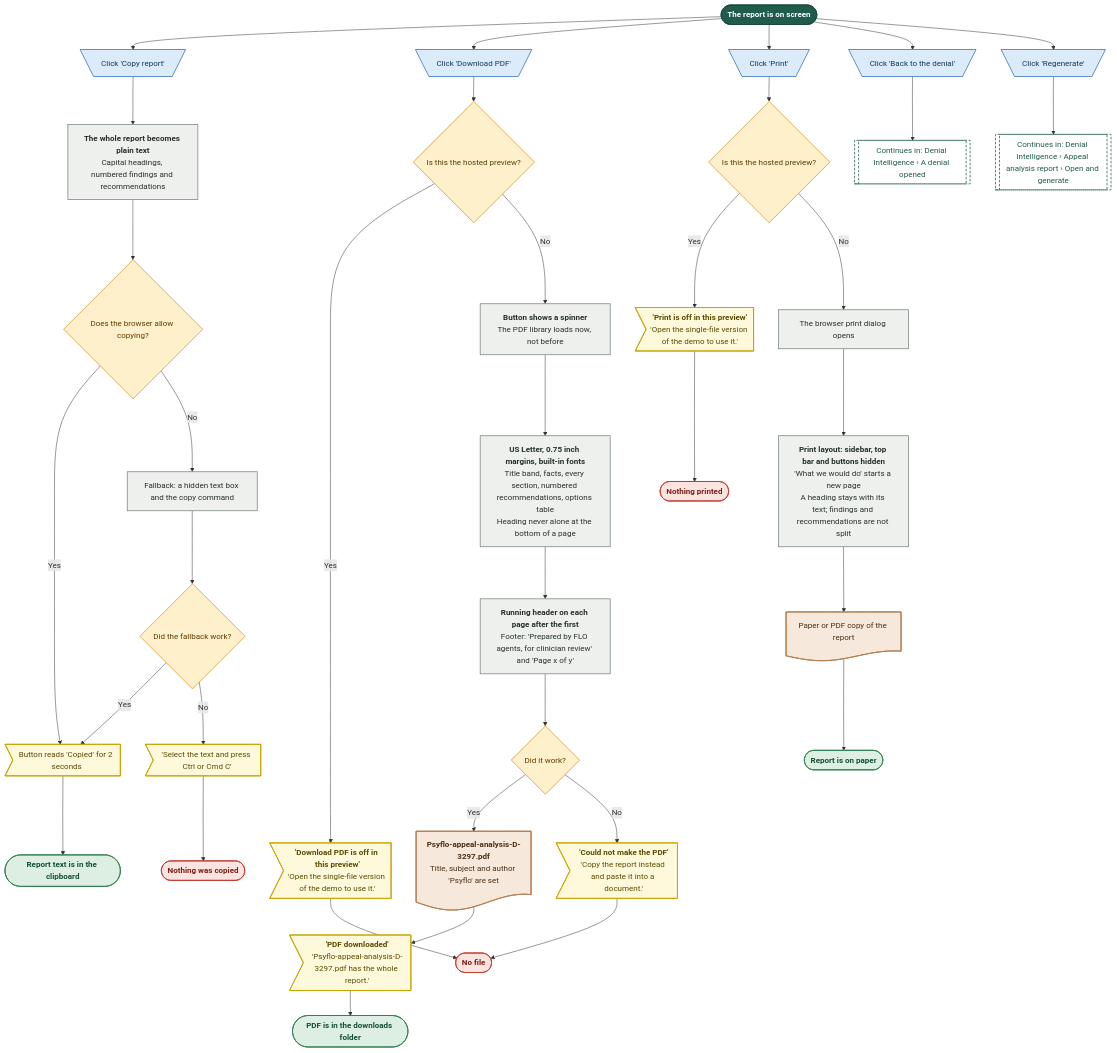
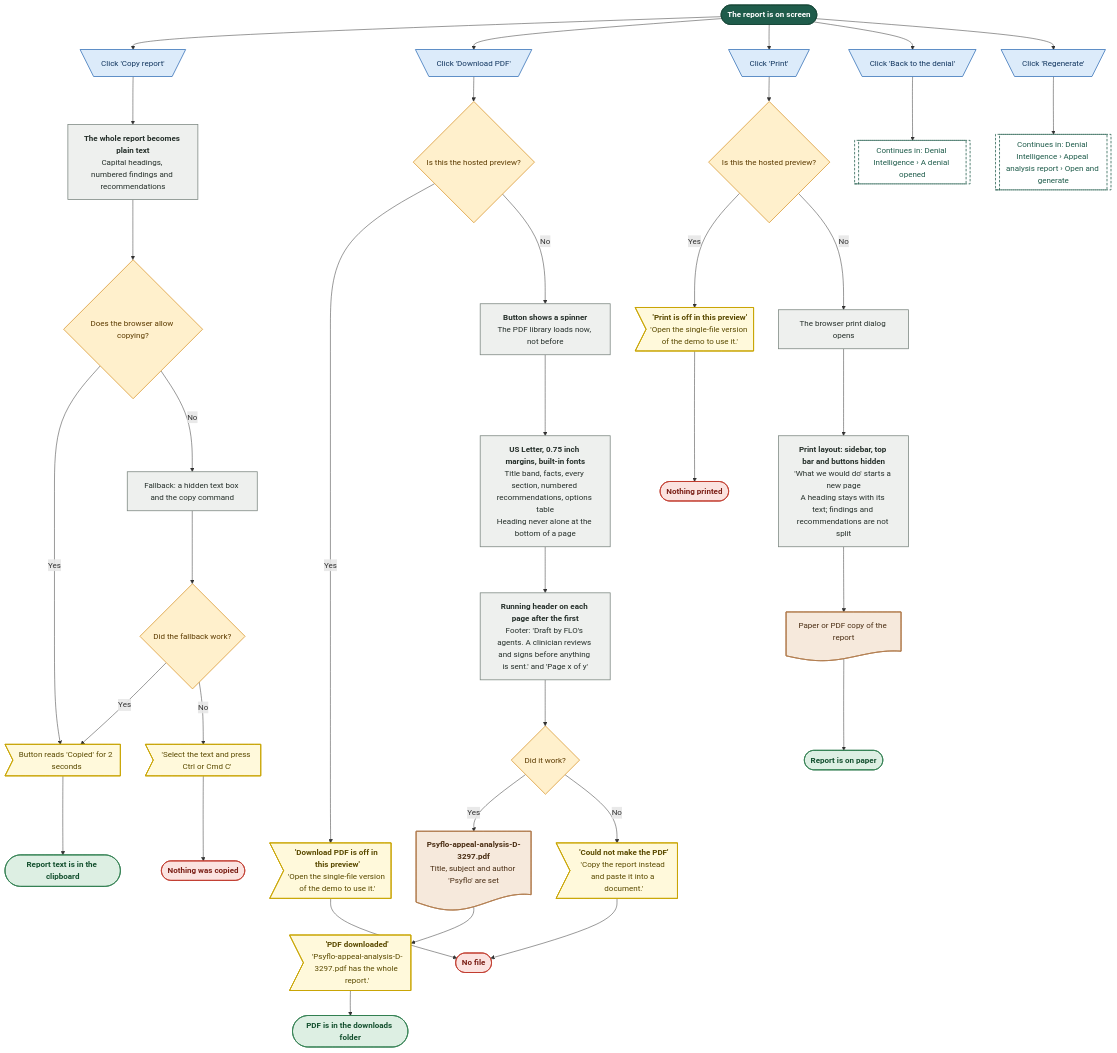
Before and after one commit to Shrav143/psyfloapp: diagram 27 of 27 in demos/prior-auth-demo/workflows/out/md/06-denials.md, drawn with Mermaid. The commit also changed other lines of this file and 192 other files, not shown here.

First line of the commit message:
docs: changelog by sidebar tab; README, diagrams and Settings layout aligned with the refinement; shared InfoTip; referral cost-share line

````diff
--- a/demos/prior-auth-demo/workflows/out/md/06-denials.md
+++ b/demos/prior-auth-demo/workflows/out/md/06-denials.md
@@ -1950,79 +2137,79 @@
 ```mermaid
 %%{init: {"theme":"base","themeVariables":{"fontFamily":"'DM Sans', 'Segoe UI', system-ui, sans-serif","fontSize":"15px","lineColor":"#5B6B63","primaryTextColor":"#1C2B25","clusterBkg":"#FBF8F3","clusterBorder":"#D9CDBB","edgeLabelBackground":"#FFFFFF"},"flowchart":{"curve":"basis","nodeSpacing":36,"rankSpacing":48,"padding":12,"htmlLabels":true,"useMaxWidth":false,"wrappingWidth":230}} }%%
 flowchart TD
   classDef k_start fill:#1F5C4B,stroke:#174638,color:#FFFFFF,stroke-width:1.5px,font-weight:600
   classDef k_end fill:#DDEFE3,stroke:#2E7D4F,color:#14502F,stroke-width:1.5px,font-weight:600
   classDef k_endx fill:#FBE3E0,stroke:#C0392B,color:#7A1F16,stroke-width:1.5px,font-weight:600
   classDef k_screen fill:#FFFDF8,stroke:#1F5C4B,color:#1C2B25,stroke-width:2px
   classDef k_overlay fill:#F1F7F3,stroke:#1F5C4B,color:#1C2B25,stroke-width:2px,stroke-dasharray:5 3
   classDef k_click fill:#DCEBFA,stroke:#2F6DB5,color:#12365F,stroke-width:1.5px
   classDef k_input fill:#E4E7FF,stroke:#4C5FD5,color:#1D2670,stroke-width:1.5px
   classDef k_process fill:#EEF0EE,stroke:#7A857F,color:#26302B,stroke-width:1.5px
   classDef k_agent fill:#EEE5FA,stroke:#7A4FC2,color:#341A63,stroke-width:1.5px
   classDef k_decision fill:#FFF0CC,stroke:#D9962B,color:#5C3B00,stroke-width:1.5px
   classDef k_store fill:#D5F0EA,stroke:#1C8E7B,color:#0B4A3F,stroke-width:1.5px
   classDef k_doc fill:#F6E9DC,stroke:#B07A4C,color:#4A2E14,stroke-width:1.5px
   classDef k_ext fill:#FFE6D2,stroke:#E07B39,color:#6B2F06,stroke-width:1.5px
   classDef k_wait fill:#E4E8EE,stroke:#6B7C93,color:#26303D,stroke-width:1.5px
   classDef k_toast fill:#FFF9DB,stroke:#C9A400,color:#5A4A00,stroke-width:1.5px
   classDef k_goto fill:#FFFFFF,stroke:#1F5C4B,color:#1F5C4B,stroke-width:1.5px,stroke-dasharray:5 3
   s1@{ shape: stadium, label: "The report is on screen" }
   c1@{ shape: trap-t, label: "Click 'Copy report'" }
   p1@{ shape: rect, label: "<b>The whole report becomes plain text</b><br/>Capital headings, numbered findings and recommendations" }
   d1@{ shape: diam, label: "Does the browser allow copying?" }
   p2@{ shape: rect, label: "Fallback: a hidden text box and the copy command" }
   d2@{ shape: diam, label: "Did the fallback work?" }
   t1@{ shape: odd, label: "Button reads 'Copied' for 2 seconds" }
   t2@{ shape: odd, label: "'Select the text and press Ctrl or Cmd C'" }
   e1@{ shape: stadium, label: "Report text is in the clipboard" }
   e2@{ shape: stadium, label: "Nothing was copied" }
   c2@{ shape: trap-t, label: "Click 'Download PDF'" }
   d3@{ shape: diam, label: "Is this the hosted preview?" }
   t3@{ shape: odd, label: "<b>'Download PDF is off in this preview'</b><br/>'Open the single-file version of the demo to use it.'" }
   p3@{ shape: rect, label: "<b>Button shows a spinner</b><br/>The PDF library loads now, not before" }
   p4@{ shape: rect, label: "<b>US Letter, 0.75 inch margins, built-in fonts</b><br/>Title band, facts, every section, numbered recommendations, options table<br/>Heading never alone at the bottom of a page" }
-  p5@{ shape: rect, label: "<b>Running header on each page after the first</b><br/>Footer: 'Prepared by FLO agents, for clinician review' and 'Page x of y'" }
+  p5@{ shape: rect, label: "<b>Running header on each page after the first</b><br/>Footer: 'Draft by FLO's agents. A clinician reviews and signs before anything is sent.' and 'Page x of y'" }
   dc1@{ shape: doc, label: "<b>Psyflo-appeal-analysis-D-3297.pdf</b><br/>Title, subject and author 'Psyflo' are set" }
   d4@{ shape: diam, label: "Did it work?" }
   t4@{ shape: odd, label: "<b>'PDF downloaded'</b><br/>'Psyflo-appeal-analysis-D-3297.pdf has the whole report.'" }
   t5@{ shape: odd, label: "<b>'Could not make the PDF'</b><br/>'Copy the report instead and paste it into a document.'" }
   e3@{ shape: stadium, label: "PDF is in the downloads folder" }
   e4@{ shape: stadium, label: "No file" }
   c3@{ shape: trap-t, label: "Click 'Print'" }
   d5@{ shape: diam, label: "Is this the hosted preview?" }
   t6@{ shape: odd, label: "<b>'Print is off in this preview'</b><br/>'Open the single-file version of the demo to use it.'" }
   p6@{ shape: rect, label: "The browser print dialog opens" }
   p7@{ shape: rect, label: "<b>Print layout: sidebar, top bar and buttons hidden</b><br/>'What we would do' starts a new page<br/>A heading stays with its text; findings and recommendations are not split" }
   dc2@{ shape: doc, label: "Paper or PDF copy of the report" }
   e5@{ shape: stadium, label: "Report is on paper" }
   e6@{ shape: stadium, label: "Nothing printed" }
   c4@{ shape: trap-t, label: "Click 'Back to the denial'" }
   g1@{ shape: subproc, label: "Continues in: Denial Intelligence › A denial opened" }
   c5@{ shape: trap-t, label: "Click 'Regenerate'" }
   g2@{ shape: subproc, label: "Continues in: Denial Intelligence › Appeal analysis report › Open and generate" }
   s1 --> c1 & c2 & c3 & c4 & c5
   c1 --> p1 --> d1
   d1 -->|"Yes"| t1 --> e1
   d1 -->|"No"| p2 --> d2
   d2 -->|"Yes"| t1
   d2 -->|"No"| t2 --> e2
   c2 --> d3
   d3 -->|"Yes"| t3 --> e4
   d3 -->|"No"| p3 --> p4 --> p5 --> d4
   d4 -->|"Yes"| dc1 --> t4 --> e3
   d4 -->|"No"| t5 --> e4
   c3 --> d5
   d5 -->|"Yes"| t6 --> e6
   d5 -->|"No"| p6 --> p7 --> dc2 --> e5
   c4 --> g1
   c5 --> g2
   class s1 k_start
   class c1,c2,c3,c4,c5 k_click
   class p1,p2,p3,p4,p5,p6,p7 k_process
   class d1,d2,d3,d4,d5 k_decision
   class t1,t2,t3,t4,t5,t6 k_toast
   class e1,e3,e5 k_end
   class e2,e4,e6 k_endx
   class dc1,dc2 k_doc
   class g1,g2 k_goto
 ```
````
